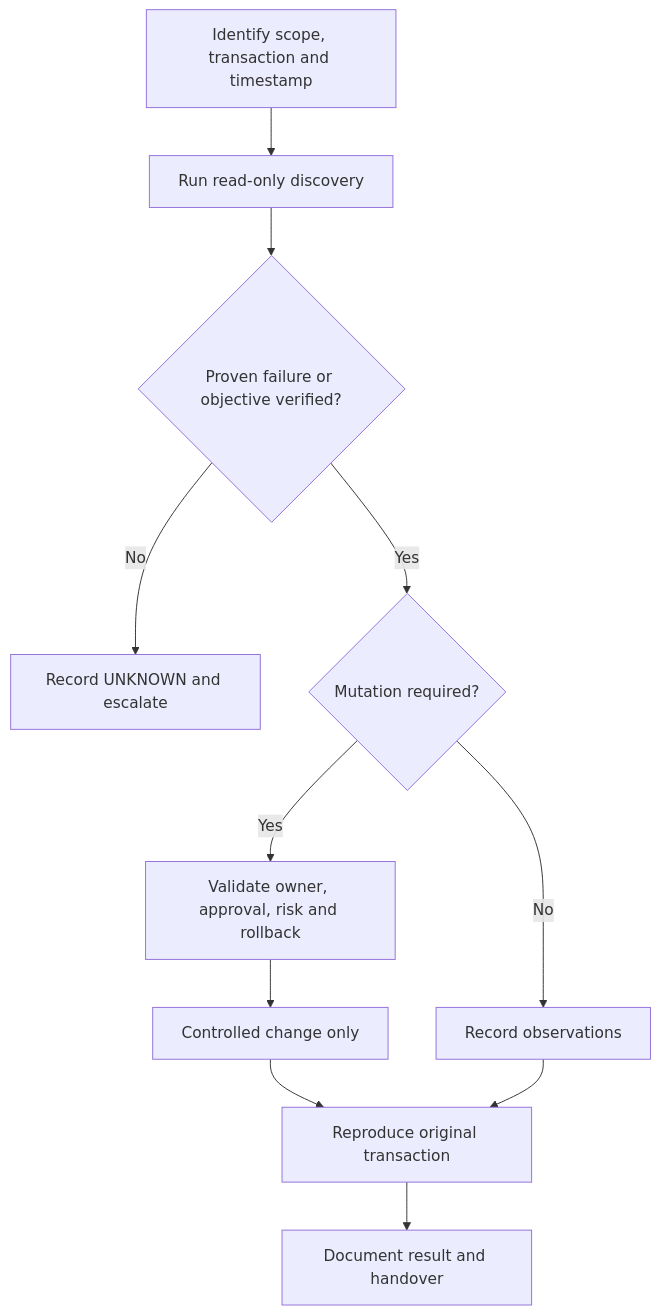
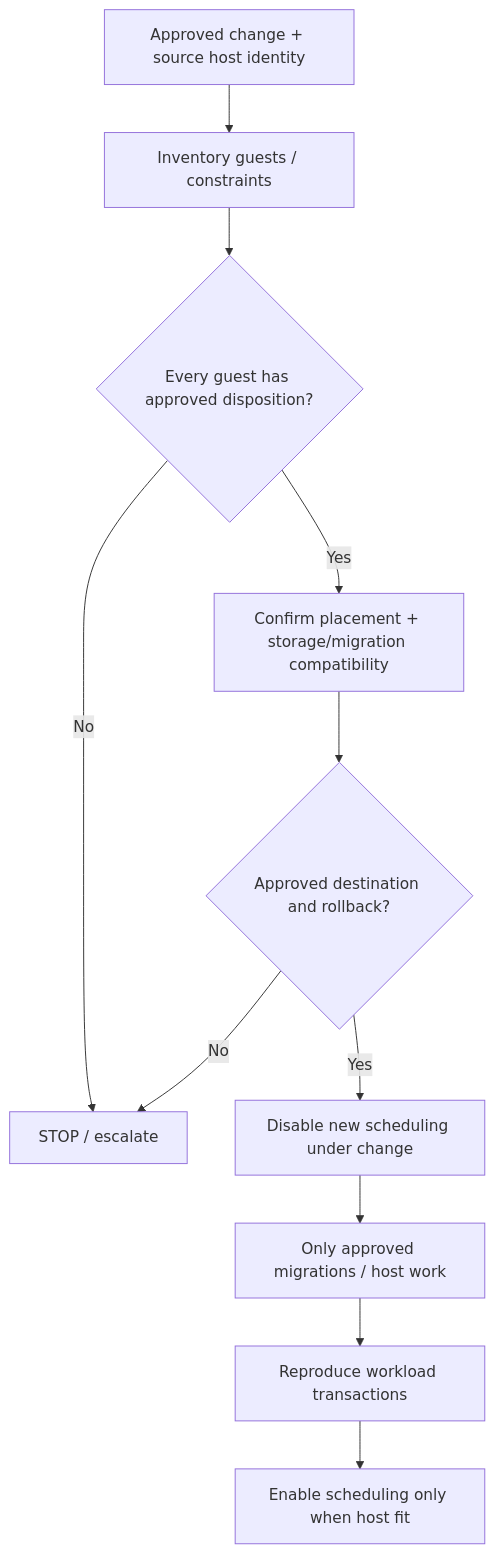
Before and after one commit to sheejithkv/RHOSO: the diagram in SOP/maintenance/compute-host-maintenance.md, drawn with Mermaid. The commit also changed other lines of this file and 13 other files, not shown here.

````diff
--- a/SOP/maintenance/compute-host-maintenance.md
+++ b/SOP/maintenance/compute-host-maintenance.md
@@ -37,13 +37,13 @@
 ```mermaid
 flowchart TD
-  A["Identify scope, transaction and timestamp"] --> B["Run read-only discovery"]
-  B --> C{"Proven failure or objective verified?"}
-  C -- No --> D["Record UNKNOWN and escalate"]
-  C -- Yes --> E{"Mutation required?"}
-  E -- Yes --> F["Validate owner, approval, risk and rollback"]
-  F --> G["Controlled change only"]
-  E -- No --> H["Record observations"]
-  G --> I["Reproduce original transaction"]
-  H --> I
-  I --> J["Document result and handover"]
+ A["Approved change + source host identity"] --> B["Inventory guests / constraints"]
+ B --> C{"Every guest has approved disposition?"}
+ C -- "No" --> STOP["STOP / escalate"]
+ C -- "Yes" --> D["Confirm placement + storage/migration compatibility"]
+ D --> E{"Approved destination and rollback?"}
+ E -- "No" --> STOP
+ E -- "Yes" --> F["Disable new scheduling under change"]
+ F --> G["Only approved migrations / host work"]
+ G --> H["Reproduce workload transactions"]
+ H --> I["Enable scheduling only when host fit"]
 ```
````
